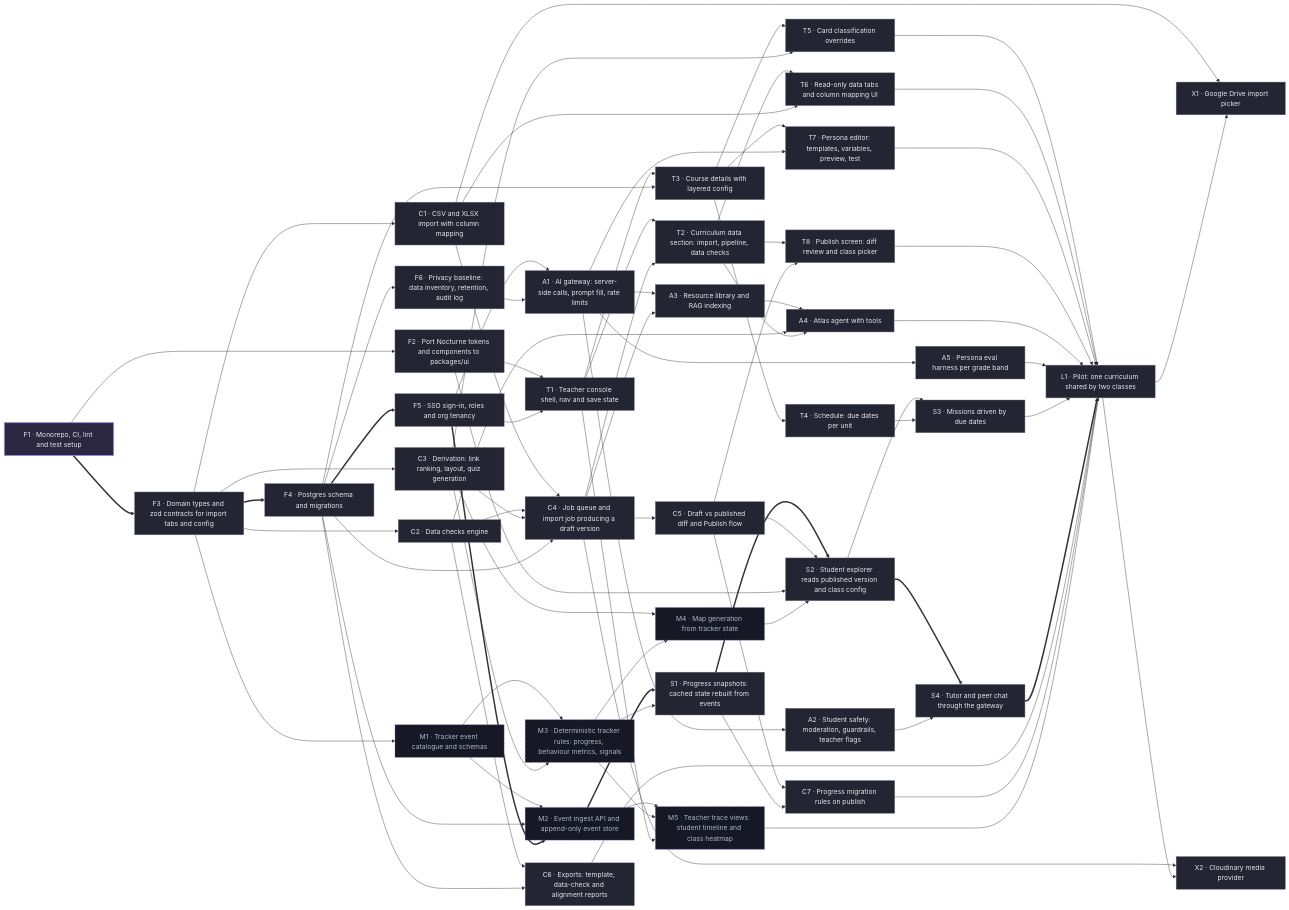
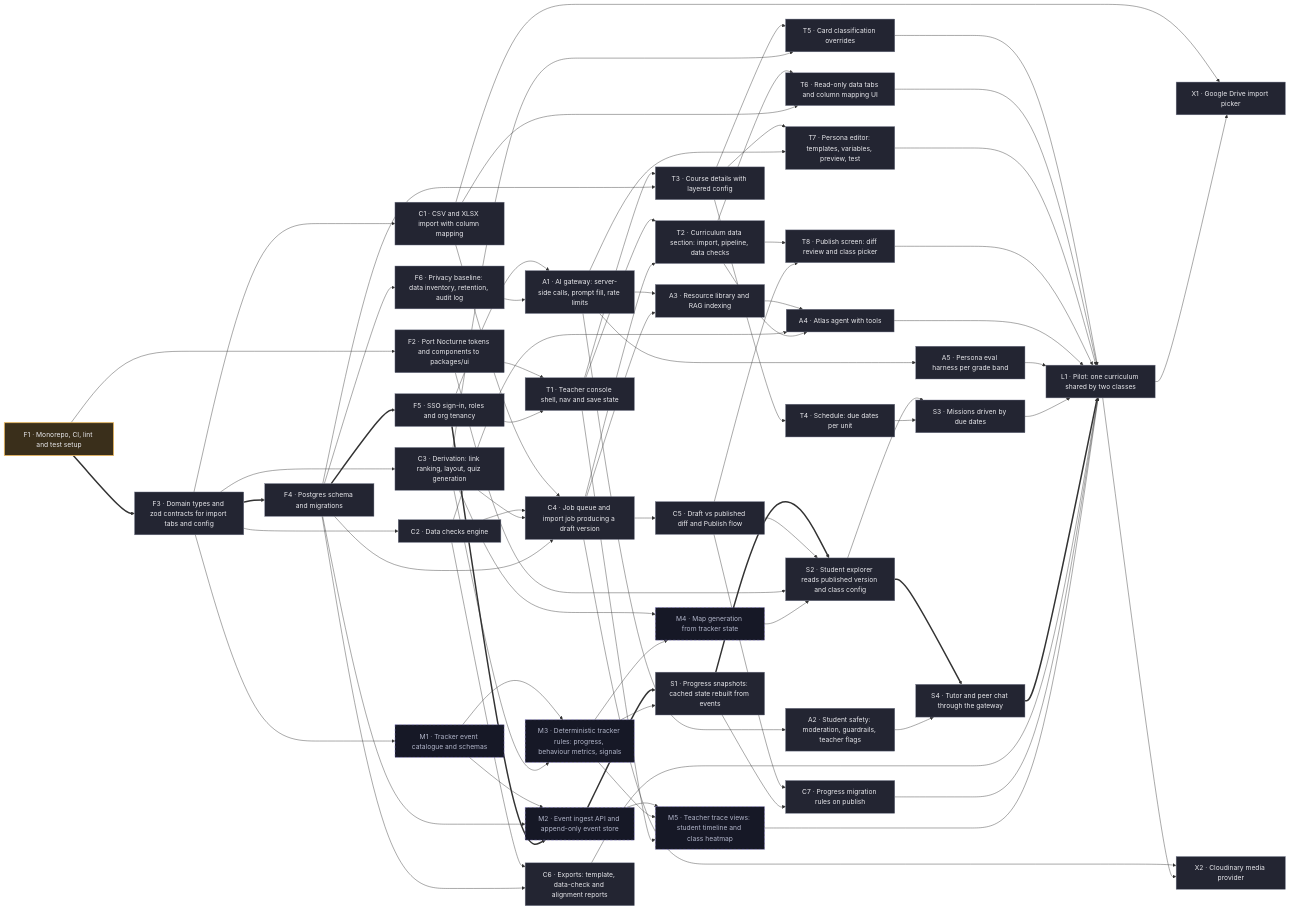
Before and after one commit to tenkevin/mind-your-tutor: the diagram in docs/PLAN.md, drawn with Mermaid. The commit also changed other lines of this file and 1 other file, not shown here.

First line of the commit message:
plan: F1 in review (PR #1)

````diff
--- a/docs/PLAN.md
+++ b/docs/PLAN.md
@@ -199,6 +199,6 @@
   classDef done fill:#1d3329,stroke:#6fcf97,color:#9397ab,stroke-dasharray:3 3
   classDef spec fill:#161826,stroke:#968ae0,color:#b2b6ca,stroke-dasharray:6 4
   class F2,F3,F4,F5,F6,C1,C2,C3,C4,C5,C6,C7,T1,T2,T3,T4,T5,T6,T7,T8,A1,A2,A3,A4,A5,S1,S2,S3,S4,L1,X1,X2 todo
-  class F1 doing
+  class F1 review
   class M1,M2,M3,M4,M5 spec
 ```
````
